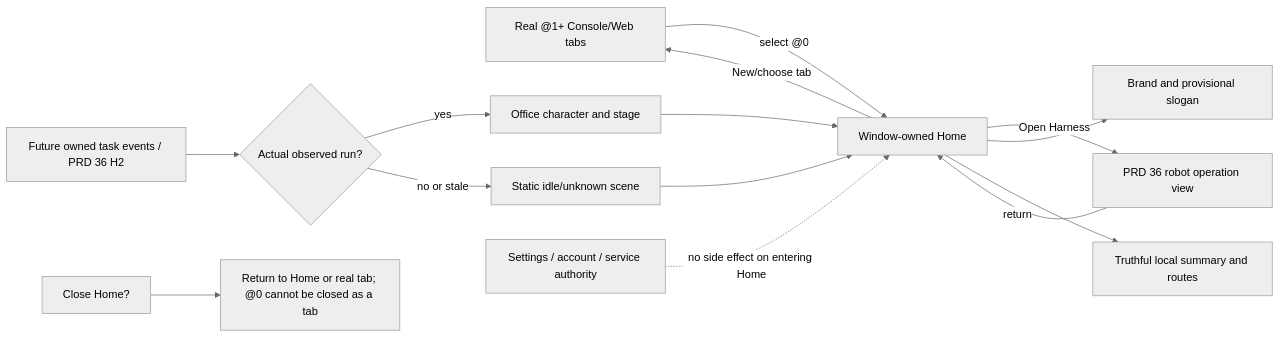
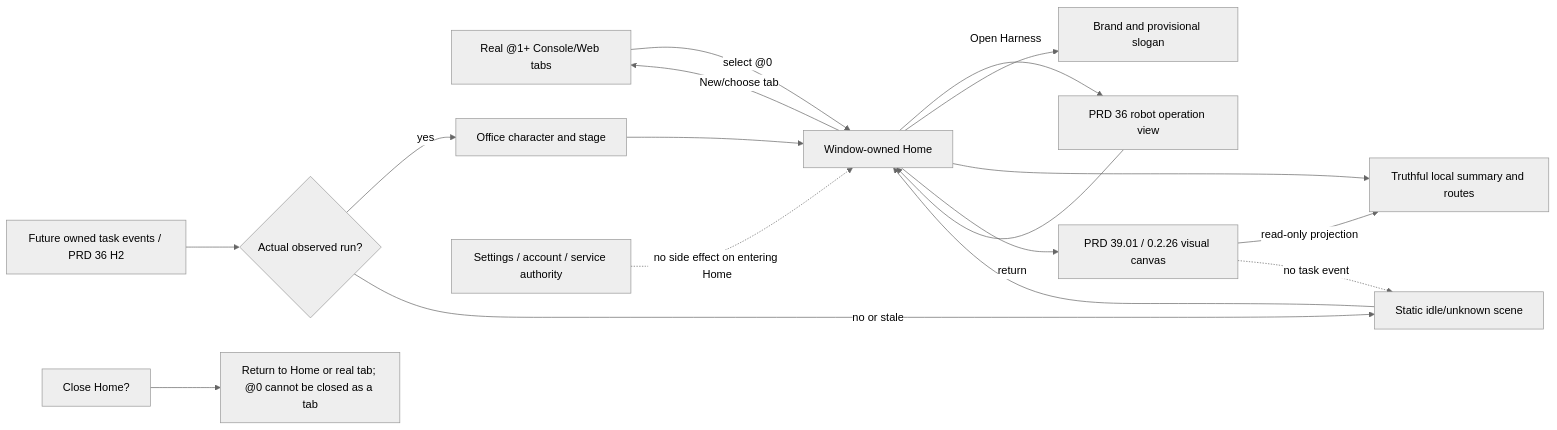
One commit to partnernetsoftware/minicon changed the diagram in prd/PRD_02_39_home_dashboard.md. Above: the diagram before and after it, drawn with Mermaid (neutral theme). The commit also changed other lines of this file and 2 other files, not shown here.

Commit message:
Design 0.2.26 visual home canvas

````diff
--- a/prd/PRD_02_39_home_dashboard.md
+++ b/prd/PRD_02_39_home_dashboard.md
@@ -39,15 +46,18 @@
 ```mermaid
 flowchart LR
     T[Real @1+ Console/Web tabs] -->|select @0| H[Window-owned Home]
     H -->|New/choose tab| T
     H -->|Open Harness| R[PRD 36 robot operation view]
     R -->|return| H
     H --> B[Brand and provisional slogan]
     H --> S[Truthful local summary and routes]
     E[Future owned task events / PRD 36 H2] --> G{Actual observed run?}
     G -->|yes| O[Office character and stage]
     G -->|no or stale| I[Static idle/unknown scene]
     O & I --> H
     A[Settings / account / service authority] -. no side effect on entering Home .-> H
     X[Close Home?] --> K[Return to Home or real tab; @0 cannot be closed as a tab]
+    H --> C[PRD 39.01 / 0.2.26 visual canvas]
+    C -->|read-only projection| S
+    C -. no task event .-> I
 ```
````
